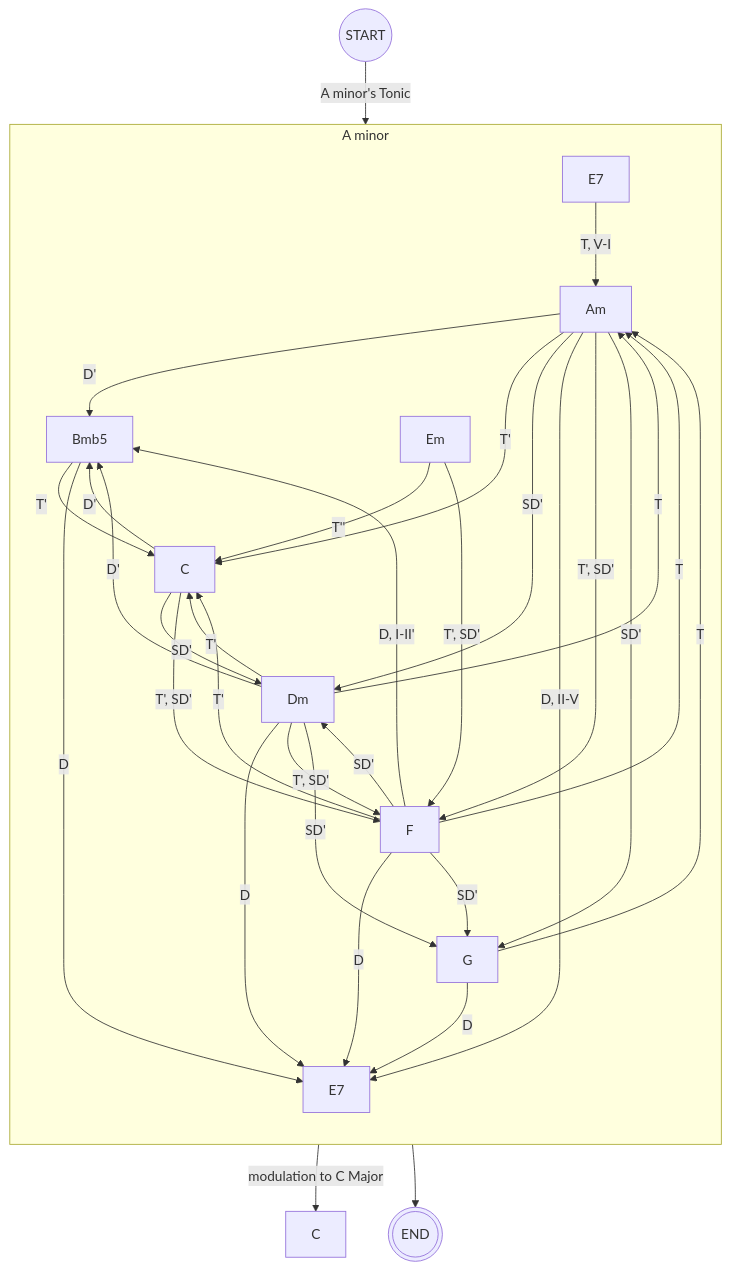
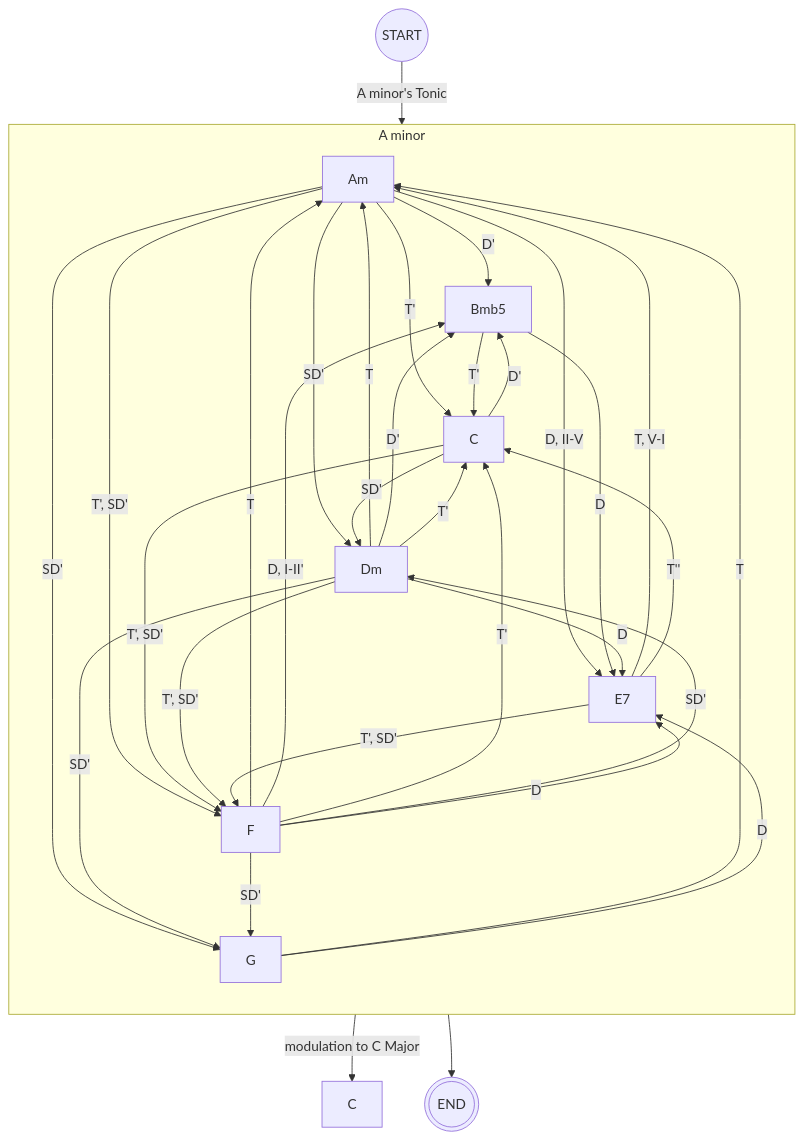
One commit to Cartman0/chord changed the diagram in AminorSTD.md. Above: the diagram before and after it, drawn with Mermaid.

````diff
--- a/AminorSTD.md
+++ b/AminorSTD.md
@@ -1,58 +1,58 @@
 ```mermaid
 flowchart TB
   %% COMMON
   S((START));
   Q(((END)));
 
   S --"A minor's Tonic" --> Am;
   subgraph "A minor"
     direction TB;
 
     E7_Am[E7];
 
     %%  Am
     Am --"D'"--> Bmb5;
     Am --"T'"--> C;
     Am -- "SD'" --> Dm;
     Am -- "D, II-V" --> E7_Am;
     Am -- "T', SD'" --> F;
     Am -- "SD'" --> G;
 
     %% Bmb5
     Bmb5 -- T' --> C;
     Bmb5 -- D --> E7_Am;
 
     %% C トニック代理
     C-- "D'" -->Bmb5;
     C-- "SD'" -->Dm;
     C-- "T', SD'" -->F;
 
     %% Dm
     Dm -- "T" --> Am;
     Dm -- "D'" --> Bmb5;
     Dm -- "T'" --> C;
     Dm -- "D" --> E7_Am;
     Dm -- "T', SD'" --> F;
     Dm -- "SD'" --> G;
 
     %% E7
-    E7 -- "T, V-I" --> Am;
-    Em -- "T''" --> C;
-    Em -- "T', SD' " --> F;
+    E7_Am -- "T, V-I" --> Am;
+    E7_Am -- "T''" --> C;
+    E7_Am -- "T', SD' " --> F;
 
     %% F　トニック代理、サブドミナント代理
     F -- "T" --> Am;
     F-- "D, I-II'" -->Bmb5;
     F -- "T'" --> C;
     F --"SD'"--> Dm;
     F -- "D" --> E7_Am;
     F -- "SD'" -->G;
 
     %% G　サブドミナント代理
     G -- "T" --> Am;
     G -- "D" --> E7_Am;
   end
   
   G -- "modulation to C Major" --> C_CM[C];
   Am --> Q;
 ```
````
